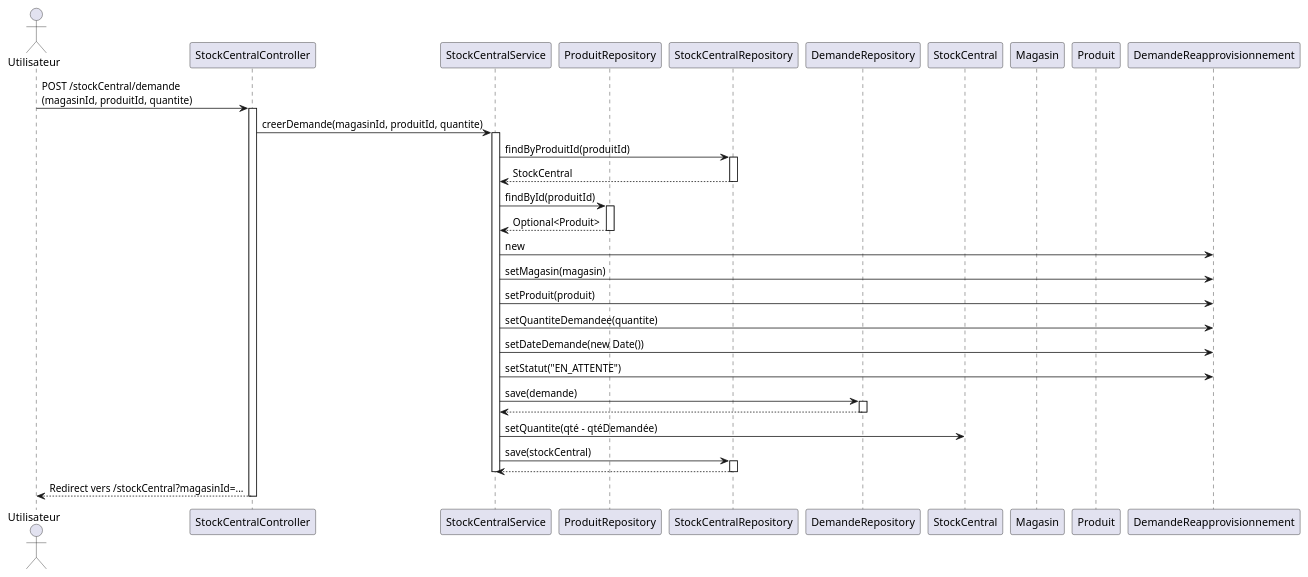
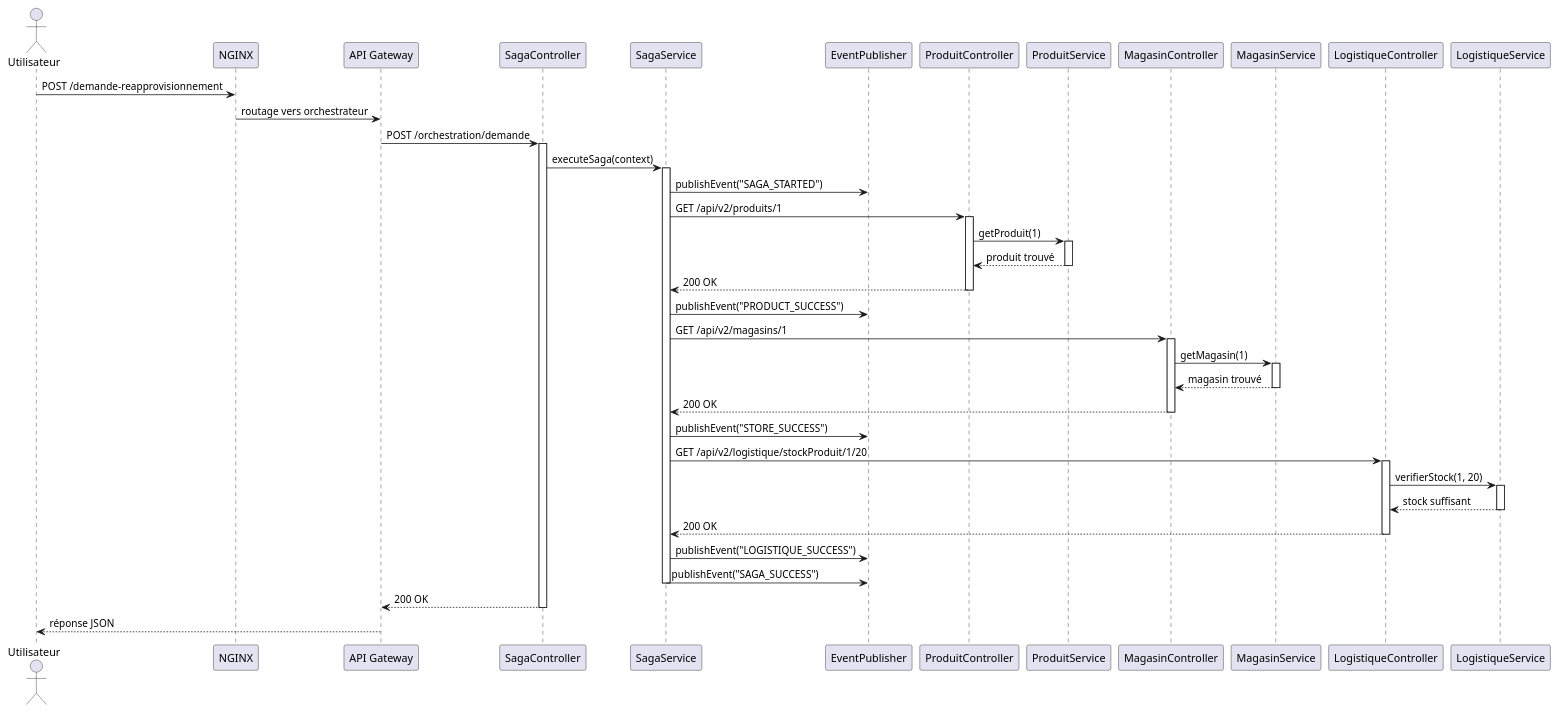
Before and after one commit to Anass1707/LOG430-labos: the diagram in docs/UML/DS-DeclencherReapprovisionnement.puml, drawn with PlantUML. The commit also changed 16 other files, not shown here.

Commit message:
maj des diagrammes

```diff
--- a/docs/UML/DS-DeclencherReapprovisionnement.puml
+++ b/docs/UML/DS-DeclencherReapprovisionnement.puml
@@ -1,52 +1,66 @@
 @startuml
+actor Utilisateur
+participant "NGINX"
+participant "API Gateway"
+participant "SagaController"
+participant "SagaService"
+participant "EventPublisher"
 
-actor Utilisateur
-participant "StockCentralController" as Controller
-participant "StockCentralService" as Service
-participant "ProduitRepository" as ProdRepo
-participant "StockCentralRepository" as StockRepo
-participant "DemandeRepository" as DemandeRepo
-participant "StockCentral"
-participant "Magasin"
-participant "Produit"
-participant "DemandeReapprovisionnement"
+participant "ProduitController"
+participant "ProduitService"
 
-Utilisateur -> Controller : POST /stockCentral/demande\n(magasinId, produitId, quantite)
-activate Controller
-Controller -> Service : creerDemande(magasinId, produitId, quantite)
-activate Service
+participant "MagasinController"
+participant "MagasinService"
 
-Service -> StockRepo : findByProduitId(produitId)
-activate StockRepo
-StockRepo --> Service : StockCentral
-deactivate StockRepo
+participant "LogistiqueController"
+participant "LogistiqueService"
 
+Utilisateur -> NGINX : POST /demande-reapprovisionnement
+NGINX -> "API Gateway" : routage vers orchestrateur
+"API Gateway" -> SagaController : POST /orchestration/demande
+activate SagaController
 
-    Service -> ProdRepo : findById(produitId)
-    activate ProdRepo
-    ProdRepo --> Service : Optional<Produit>
-    deactivate ProdRepo
+SagaController -> SagaService : executeSaga(context)
+activate SagaService
 
-    Service -> DemandeReapprovisionnement : new
-    Service -> DemandeReapprovisionnement : setMagasin(magasin)
-    Service -> DemandeReapprovisionnement : setProduit(produit)
-    Service -> DemandeReapprovisionnement : setQuantiteDemandee(quantite)
-    Service -> DemandeReapprovisionnement : setDateDemande(new Date())
-    Service -> DemandeReapprovisionnement : setStatut("EN_ATTENTE")
+SagaService -> EventPublisher : publishEvent("SAGA_STARTED")
 
-    Service -> DemandeRepo : save(demande)
-    activate DemandeRepo
-    DemandeRepo --> Service
-    deactivate DemandeRepo
+' Appel au microservice Produit
+SagaService -> ProduitController : GET /api/v2/produits/1
+activate ProduitController
+ProduitController -> ProduitService : getProduit(1)
+activate ProduitService
+ProduitService --> ProduitController : produit trouvé
+deactivate ProduitService
+ProduitController --> SagaService : 200 OK
+deactivate ProduitController
+SagaService -> EventPublisher : publishEvent("PRODUCT_SUCCESS")
 
-    Service -> StockCentral : setQuantite(qté - qtéDemandée)
-    Service -> StockRepo : save(stockCentral)
-    activate StockRepo
-    StockRepo --> Service
-    deactivate StockRepo
+' Appel au microservice Magasin
+SagaService -> MagasinController : GET /api/v2/magasins/1
+activate MagasinController
+MagasinController -> MagasinService : getMagasin(1)
+activate MagasinService
+MagasinService --> MagasinController : magasin trouvé
+deactivate MagasinService
+MagasinController --> SagaService : 200 OK
+deactivate MagasinController
+SagaService -> EventPublisher : publishEvent("STORE_SUCCESS")
 
+' Appel au microservice Logistique
+SagaService -> LogistiqueController : GET /api/v2/logistique/stockProduit/1/20
+activate LogistiqueController
+LogistiqueController -> LogistiqueService : verifierStock(1, 20)
+activate LogistiqueService
+LogistiqueService --> LogistiqueController : stock suffisant
+deactivate LogistiqueService
+LogistiqueController --> SagaService : 200 OK
+deactivate LogistiqueController
+SagaService -> EventPublisher : publishEvent("LOGISTIQUE_SUCCESS")
 
-deactivate Service
-Controller --> Utilisateur : Redirect vers /stockCentral?magasinId=...
-deactivate Controller
+SagaService -> EventPublisher : publishEvent("SAGA_SUCCESS")
+deactivate SagaService
+SagaController --> "API Gateway" : 200 OK
+deactivate SagaController
+"API Gateway" --> Utilisateur : réponse JSON
 @enduml
```
